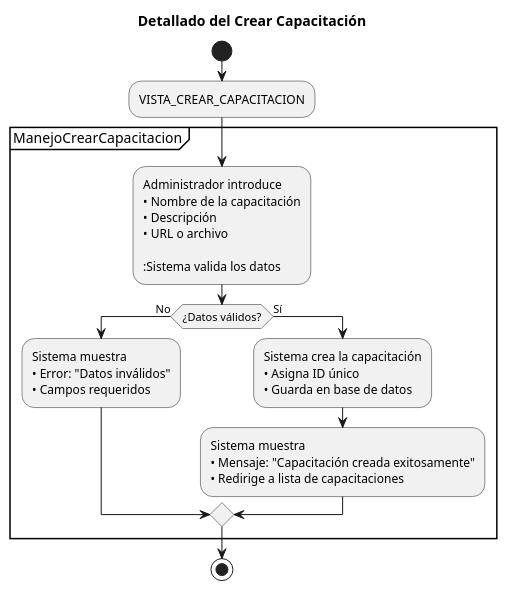
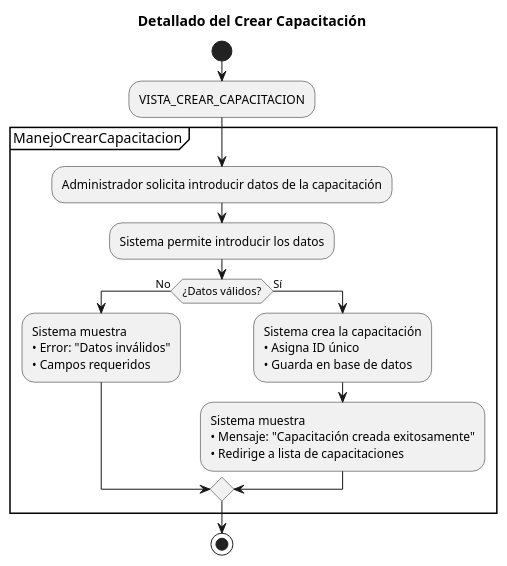
Before and after one commit to Dievex/24-25-IdSw1-SDR: the diagram in casos_de_uso/diagramas_casos_de_uso_detallados/crear_capacitacion.puml, drawn with PlantUML. The commit also changed 1 other file, not shown here.

Commit message:
refactor(use-case-diagrams): simplify crear_capacitacion and cerrar_sesion diagrams

```diff
--- a/casos_de_uso/diagramas_casos_de_uso_detallados/crear_capacitacion.puml
+++ b/casos_de_uso/diagramas_casos_de_uso_detallados/crear_capacitacion.puml
@@ -1,36 +1,33 @@
 @startuml
 title Detallado del Crear Capacitación
 
 start
 
 :VISTA_CREAR_CAPACITACION;
 
 partition ManejoCrearCapacitacion {
   
-  :Administrador introduce
-  • Nombre de la capacitación
-  • Descripción
-  • URL o archivo
+  :Administrador solicita introducir datos de la capacitación;
   
-  :Sistema valida los datos;
+  :Sistema permite introducir los datos;
   
   if (¿Datos válidos?) then (No)
     :Sistema muestra
     • Error: "Datos inválidos"
     • Campos requeridos;
     
   else (Sí)
     :Sistema crea la capacitación
     • Asigna ID único
     • Guarda en base de datos;
     
     :Sistema muestra
     • Mensaje: "Capacitación creada exitosamente"
     • Redirige a lista de capacitaciones;
     
   endif
   
 }
 
 stop
 @enduml
```
